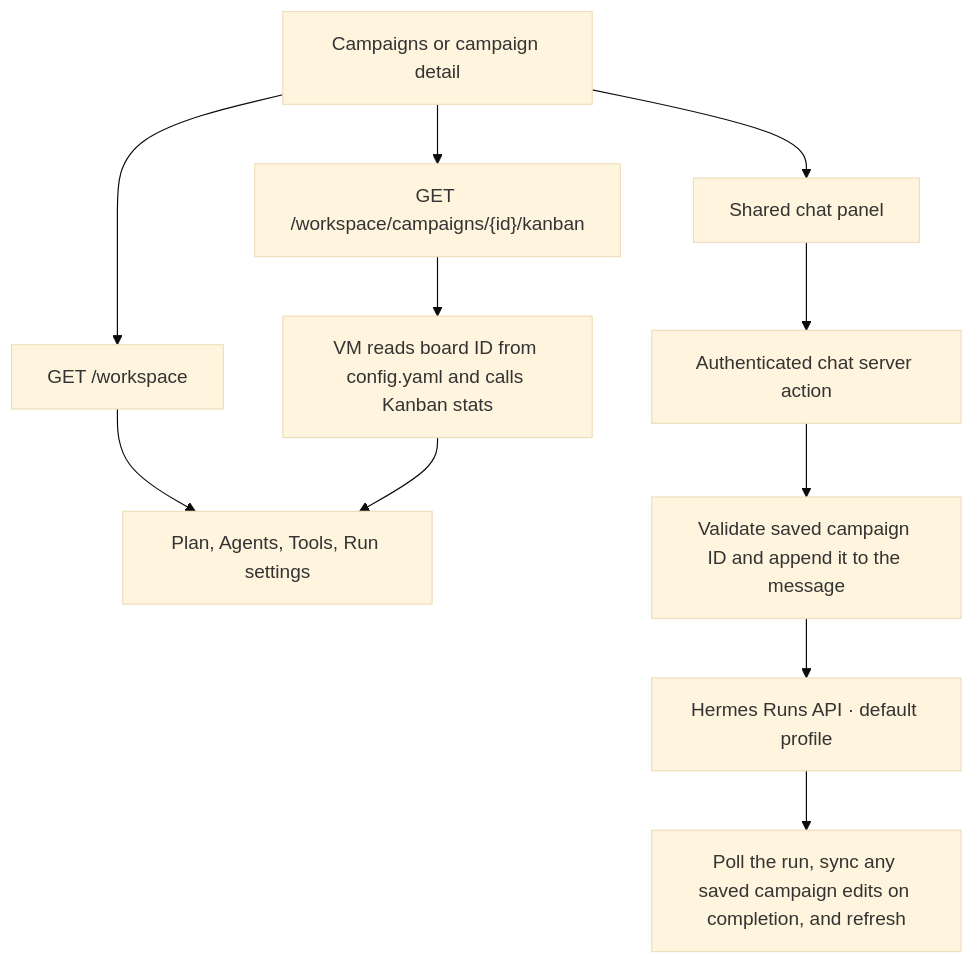
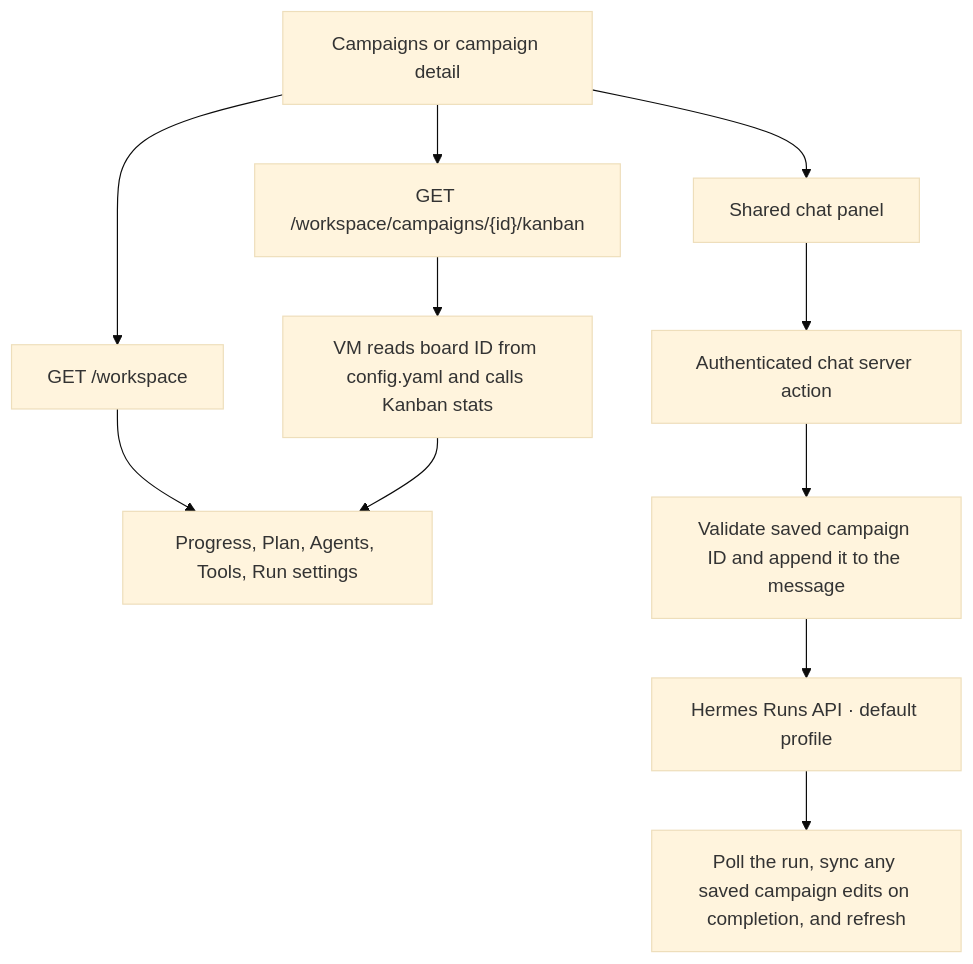
The fourth of 7 diagrams in docs/architecture.md (openmarketing-agency/openmarketing.agency), drawn with Mermaid (base theme) before and after one commit. The commit also changed other lines of this file and 5 other files, not shown here.

````diff
--- a/docs/architecture.md
+++ b/docs/architecture.md
@@ -167,17 +167,17 @@
 ```mermaid
 flowchart TD
     Dash["Campaigns or campaign detail"]
     Records["GET /workspace"]
     Board["GET /workspace/campaigns/{id}/kanban"]
     Stats["VM reads board ID from config.yaml and calls Kanban stats"]
-    Tabs["Plan, Agents, Tools, Run settings"]
+    Tabs["Progress, Plan, Agents, Tools, Run settings"]
     Chat["Shared chat panel"]
     Action["Authenticated chat server action"]
     Context["Validate saved campaign ID and append it to the message"]
     Runs["Hermes Runs API · default profile"]
     Next["Poll the run, sync any saved campaign edits on completion, and refresh"]
 
     Dash --> Records --> Tabs
     Dash --> Board --> Stats --> Tabs
     Dash --> Chat --> Action --> Context --> Runs --> Next
 ```
````
